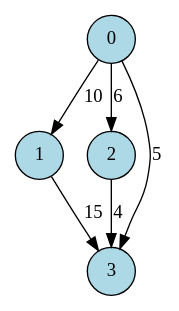
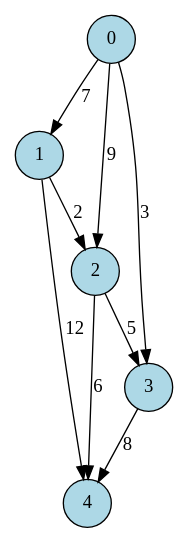
The diagram in original_graph.dot (YanaiAU/OSProject), drawn with Graphviz before and after one commit. The commit also changed 10 other files, not shown here.

```diff
--- a/original_graph.dot
+++ b/original_graph.dot
@@ -1,9 +1,12 @@
 digraph G {
     node [shape=circle, style=filled, fillcolor=lightblue];
     edge [color=black];
-    0 -> 1 [label="10"];
-    0 -> 2 [label="6"];
-    0 -> 3 [label="5"];
-    1 -> 3 [label="15"];
-    2 -> 3 [label="4"];
+    0 -> 1 [label="7"];
+    0 -> 2 [label="9"];
+    0 -> 3 [label="3"];
+    1 -> 2 [label="2"];
+    1 -> 4 [label="12"];
+    2 -> 3 [label="5"];
+    2 -> 4 [label="6"];
+    3 -> 4 [label="8"];
 }
```
